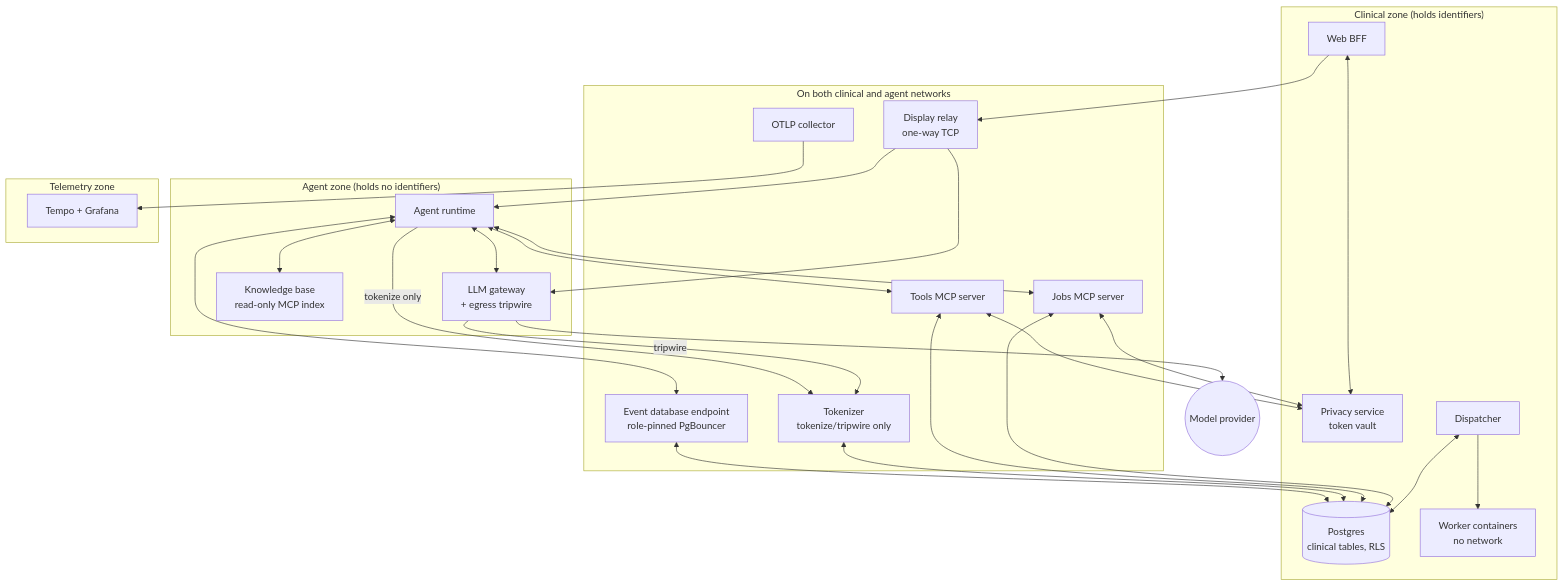
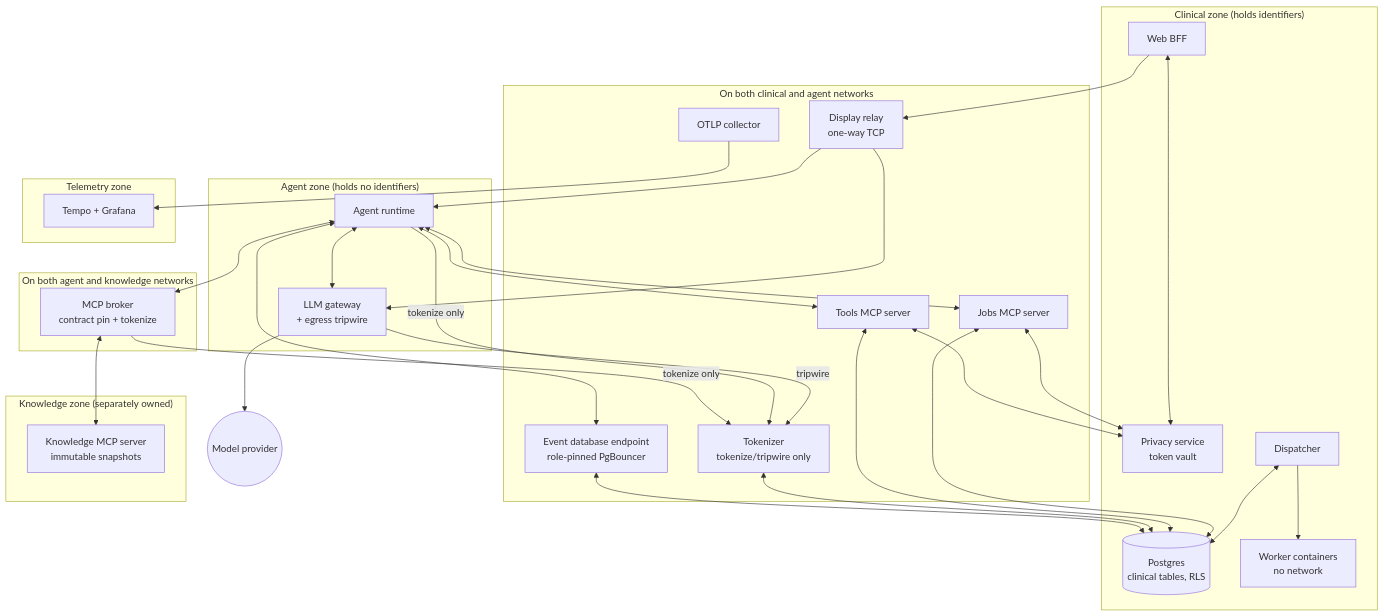
The second of 2 diagrams in docs/ARCHITECTURE.md (w9/zagent), drawn with Mermaid before and after one commit. The commit also changed other lines of this file and 38 other files, not shown here.

First line of the commit message:
Move the knowledge base into a separately owned zone behind a broker

````diff
--- a/docs/ARCHITECTURE.md
+++ b/docs/ARCHITECTURE.md
@@ -212,48 +212,55 @@
 ```mermaid
 graph TB
     subgraph clinical["Clinical zone (holds identifiers)"]
         WEB[Web BFF]
         PRIV[Privacy service<br/>token vault]
         DB[(Postgres<br/>clinical tables, RLS)]
         DISP[Dispatcher]
         JOBS[Worker containers<br/>no network]
     end
     subgraph bridge["On both clinical and agent networks"]
         TOOLS[Tools MCP server]
         JMCP[Jobs MCP server]
         TOK[Tokenizer<br/>tokenize/tripwire only]
         LOG[Event database endpoint<br/>role-pinned PgBouncer]
         RELAY[Display relay<br/>one-way TCP]
         OTEL[OTLP collector]
     end
     subgraph agent["Agent zone (holds no identifiers)"]
         RT[Agent runtime]
         LLM[LLM gateway<br/>+ egress tripwire]
-        KB[Knowledge base<br/>read-only MCP index]
+    end
+    subgraph bridgeKnowledge["On both agent and knowledge networks"]
+        BRK[MCP broker<br/>contract pin + tokenize]
+    end
+    subgraph knowledge["Knowledge zone (separately owned)"]
+        KB[Knowledge MCP server<br/>immutable snapshots]
     end
     subgraph telemetry["Telemetry zone"]
         TEMPO[Tempo + Grafana]
     end
     EXT((Model provider))
     WEB --> RELAY
     RELAY --> RT
     RELAY --> LLM
     WEB <--> PRIV
     RT <--> LLM
     RT <--> TOOLS
     RT <--> JMCP
     RT <--> LOG
     LOG <--> DB
-    RT <--> KB
+    RT <--> BRK
+    BRK <--> KB
+    BRK -->|tokenize only| TOK
     RT -->|tokenize only| TOK
     LLM -->|tripwire| TOK
     TOK <--> DB
     TOOLS <--> PRIV
     TOOLS <--> DB
     JMCP <--> PRIV
     JMCP <--> DB
     DISP --> JOBS
     DISP <--> DB
     LLM --> EXT
     OTEL --> TEMPO
 ```
````
